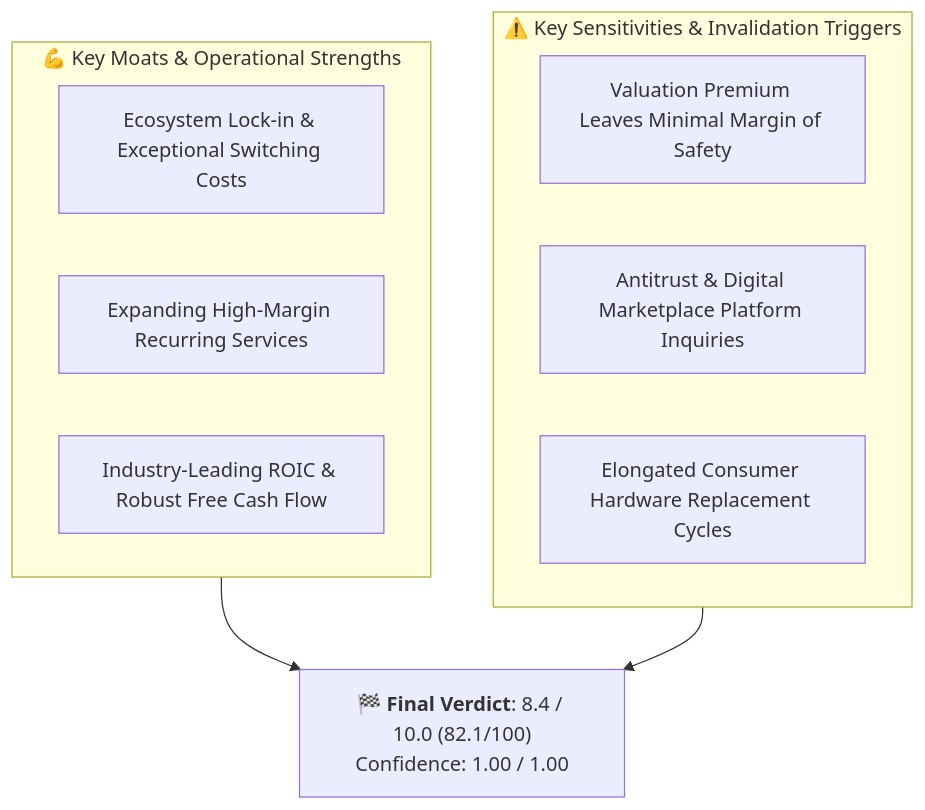
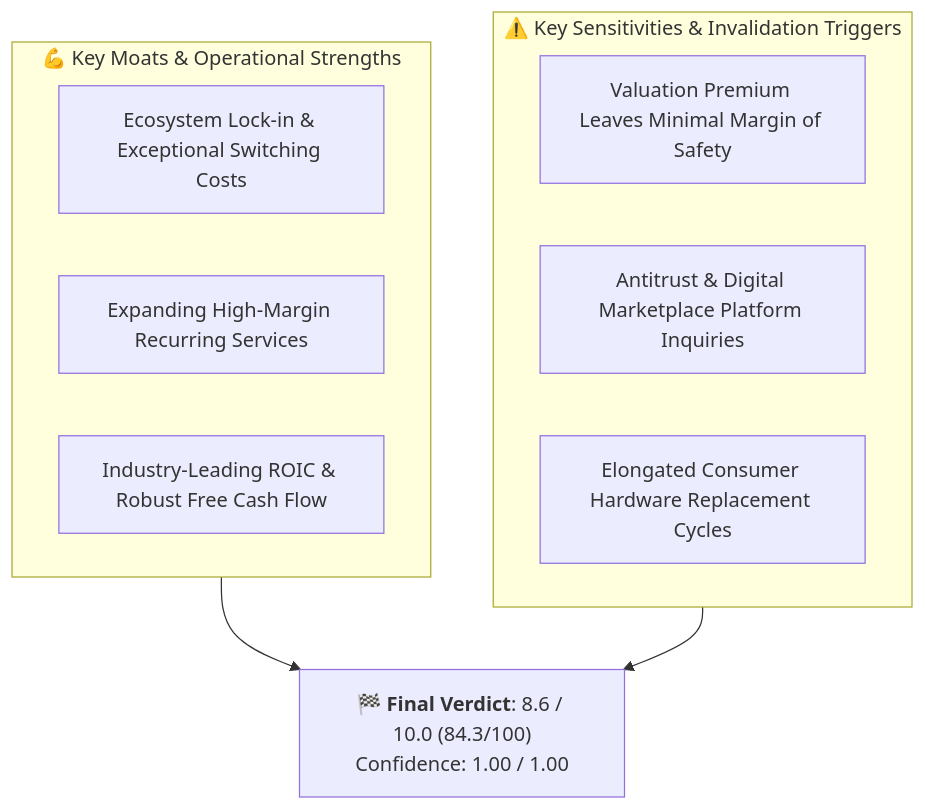
Before and after one commit to drmohammadzadeh/StockMarketAnalyzer: the second of 2 diagrams in research/AAPL/README.md, drawn with Mermaid. The commit also changed other lines of this file and 12 other files, not shown here.

````diff
--- a/research/AAPL/README.md
+++ b/research/AAPL/README.md
@@ -68,15 +91,15 @@
 ```mermaid
 flowchart TD
     subgraph Strengths["💪 Key Moats & Operational Strengths"]
         S1["Ecosystem Lock-in & Exceptional Switching Costs"]
         S2["Expanding High-Margin Recurring Services"]
         S3["Industry-Leading ROIC & Robust Free Cash Flow"]
     end
     subgraph Risks["⚠️ Key Sensitivities & Invalidation Triggers"]
         R1["Valuation Premium Leaves Minimal Margin of Safety"]
         R2["Antitrust & Digital Marketplace Platform Inquiries"]
         R3["Elongated Consumer Hardware Replacement Cycles"]
     end
-    Strengths --> Summary["🏁 <b>Final Verdict</b>: 8.4 / 10.0 (82.1/100)<br/>Confidence: 1.00 / 1.00"]
+    Strengths --> Summary["🏁 <b>Final Verdict</b>: 8.6 / 10.0 (84.3/100)<br/>Confidence: 1.00 / 1.00"]
     Risks --> Summary
 ```
````
